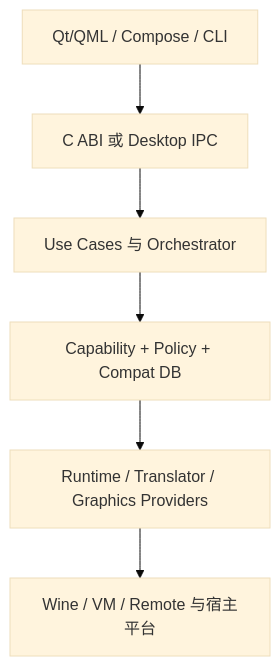
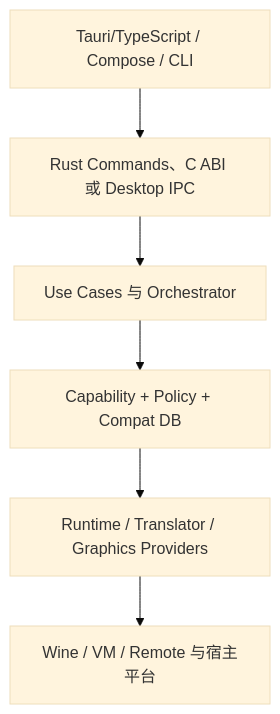
One commit to lcxinc/CompatForge changed the first of 2 diagrams in docs/architecture/overview.md. Above: the diagram before and after it, drawn with Mermaid (base theme). The commit also changed 10 other files, not shown here.

````diff
--- a/docs/architecture/overview.md
+++ b/docs/architecture/overview.md
@@ -11,8 +11,8 @@
 ```mermaid
 flowchart TD
-    A["Qt/QML / Compose / CLI"] --> B["C ABI 或 Desktop IPC"]
+    A["Tauri/TypeScript / Compose / CLI"] --> B["Rust Commands、C ABI 或 Desktop IPC"]
     B --> C["Use Cases 与 Orchestrator"]
     C --> D["Capability + Policy + Compat DB"]
     D --> E["Runtime / Translator / Graphics Providers"]
     E --> F["Wine / VM / Remote 与宿主平台"]
 ```
````
